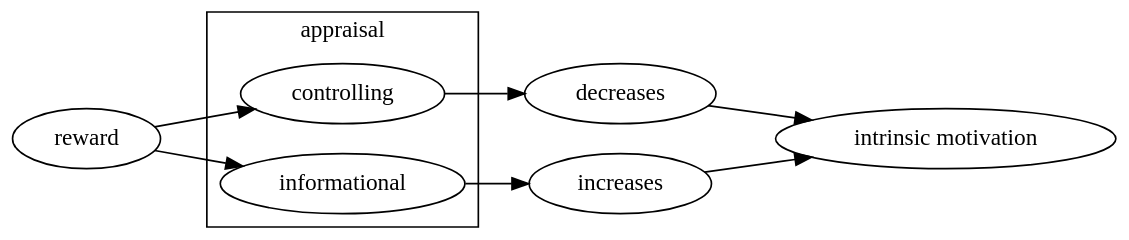
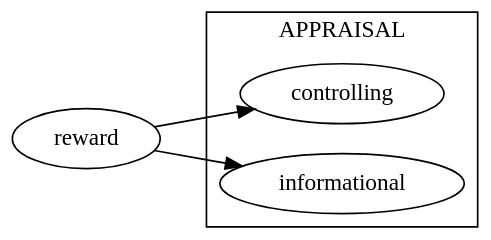
Before and after one commit to GermanoGallicchio/learning: the first of 8 diagrams in JXHC_1055/02.qmd, drawn with Graphviz. The commit also changed other lines of this file, not shown here.

````diff
--- a/JXHC_1055/02.qmd
+++ b/JXHC_1055/02.qmd
@@ -77,20 +78,18 @@
 ```{dot}
-//| fig-width: 7
-digraph G {
+//| fig-width: 6
+digraph {
 	rankdir = "LR"
     bgcolor = "transparent"
-
-	a1 = "reward"
 	
 	subgraph cluster_0 {
 		controlling 
 		informational
-		label = "appraisal";
+		label = "APPRAISAL";
 	}
-
 	
-    reward -> controlling -> decreases -> "intrinsic motivation";
-	reward -> informational -> increases -> "intrinsic motivation";
+    A [label="reward"];
+    A -> controlling;
+	A -> informational;
 
 }
 ```
````
